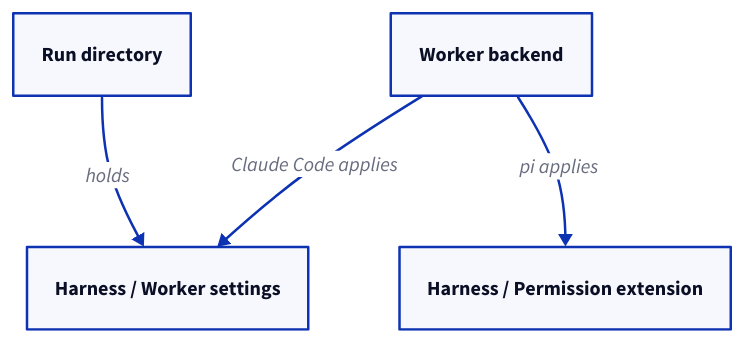
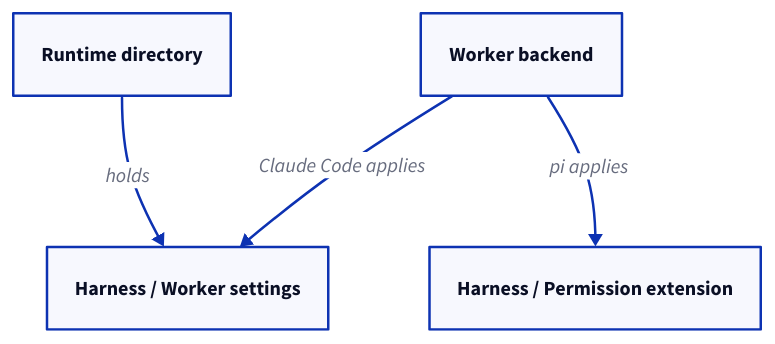
The third of 5 diagrams in specs/concorde/execution/workers/module.md (FTOD/concorde), drawn with D2 before and after one commit. The commit also changed other lines of this file and 39 other files, not shown here.

````diff
--- a/specs/concorde/execution/workers/module.md
+++ b/specs/concorde/execution/workers/module.md
@@ -358,9 +365,9 @@
 ```d2
 backend: Worker backend
-dir: Run directory
+dir: Runtime directory
 settings: Harness / Worker settings
 extension: Harness / Permission extension
 backend -> settings: Claude Code applies
 backend -> extension: pi applies
 dir -> settings: holds
 ```
````
